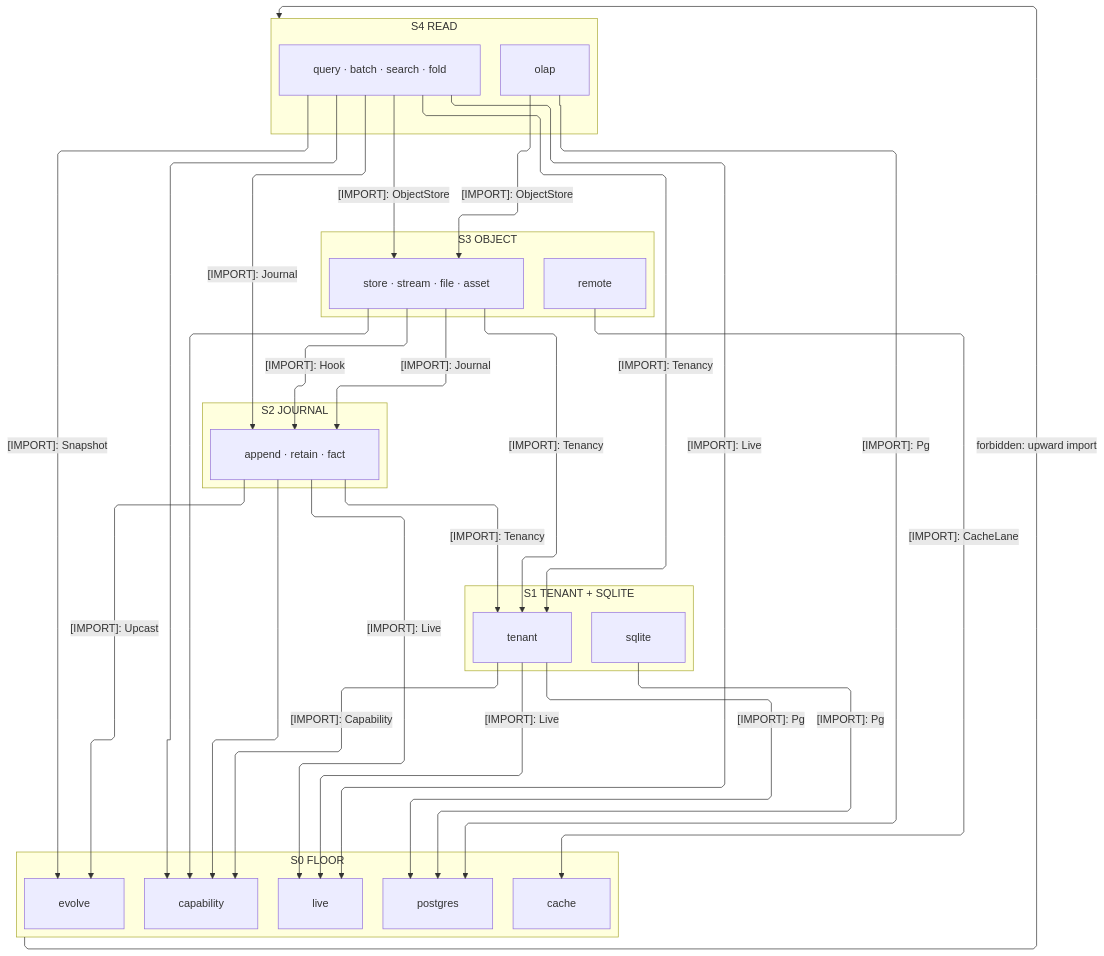
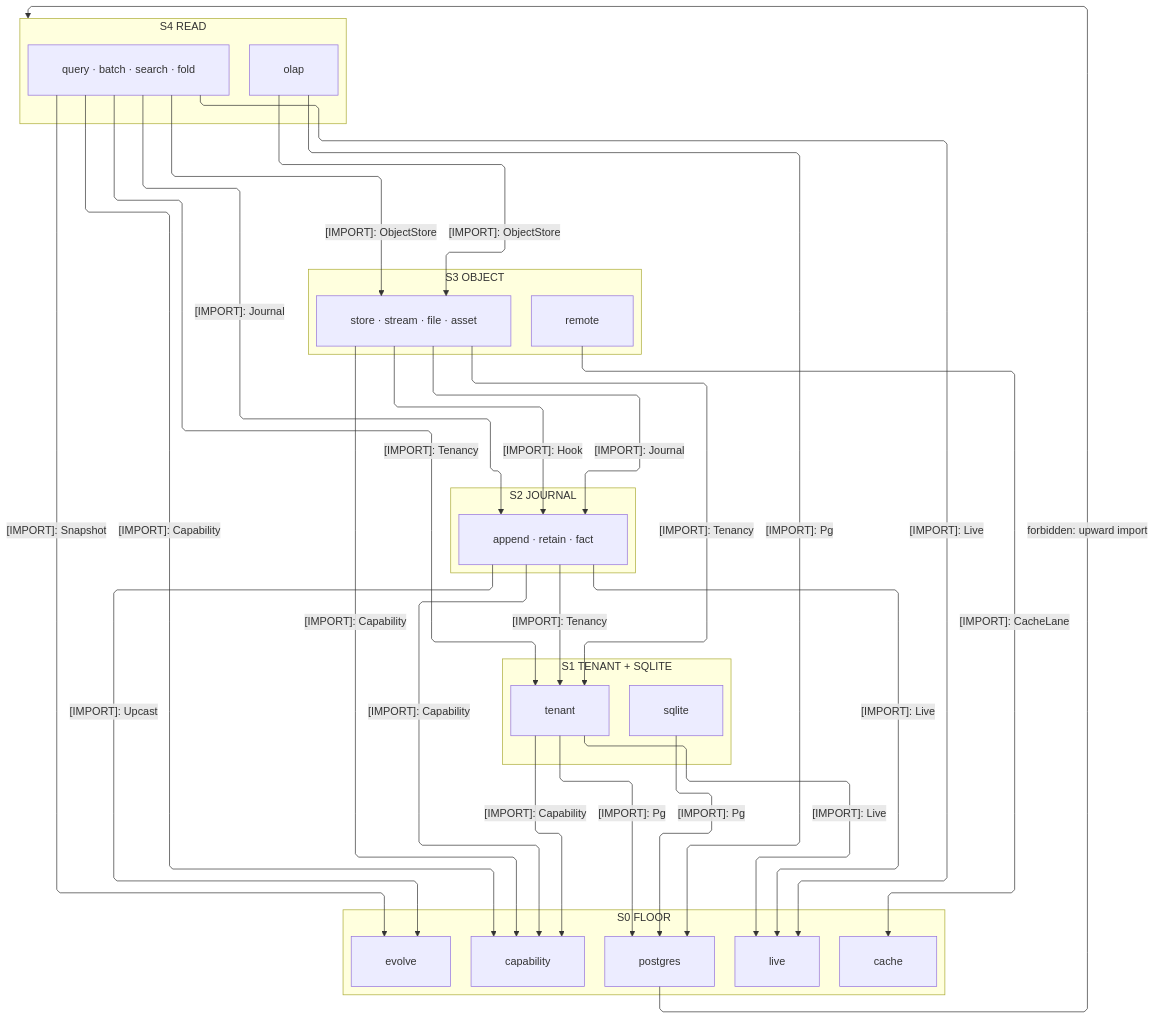
Before and after one commit to bsamiee/Rasm: the first of 3 diagrams in libs/typescript/data/ARCHITECTURE.md, drawn with Mermaid. The commit also changed other lines of this file and 115 other files, not shown here.

````diff
--- a/libs/typescript/data/ARCHITECTURE.md
+++ b/libs/typescript/data/ARCHITECTURE.md
@@ -46,56 +49,56 @@
 ```mermaid
 ---
 config:
   layout: elk
   flowchart:
     curve: linear
     padding: 25
 ---
 flowchart TB
     accTitle: Data interior import strata
-    accDescr: Five interior strata onto the mint floor; imports downward, remote alone reaching the cache lane, olap and sqlite reading the Pg band.
+    accDescr: How the interior sub-domains rank onto the mint floor, every import downward.
     subgraph S4["S4 READ"]
         Olap[olap]
         Read["query · batch · search · fold"]
     end
     subgraph S3["S3 OBJECT"]
         Object["store · stream · file · asset"]
         Remote[remote]
     end
     subgraph S2["S2 JOURNAL"]
         Journal["append · retain · fact"]
     end
     subgraph S1["S1 TENANT + SQLITE"]
         Tenant[tenant]
         Sqlite[sqlite]
     end
     subgraph S0["S0 FLOOR"]
         Postgres[postgres]
         Capability[capability]
         Evolve[evolve]
         Live[live]
         Cache[cache]
     end
     Tenant e1@-->|"[IMPORT]: Capability"| Capability
     Tenant e2@-->|"[IMPORT]: Pg"| Postgres
-    Tenant e19@-->|"[IMPORT]: Live"| Live
-    Journal e3@-->|"[IMPORT]: Tenancy"| Tenant
-    Journal e4@-->|"[IMPORT]: Upcast"| Evolve
-    Journal e5@-->|"[IMPORT]: Live"| Live
-    Journal e6@--> Capability
-    Object e7@-->|"[IMPORT]: Journal"| Journal
-    Remote e8@-->|"[IMPORT]: CacheLane"| Cache
-    Object e9@--> Capability
-    Read e10@-->|"[IMPORT]: ObjectStore"| Object
-    Read e11@-->|"[IMPORT]: Journal"| Journal
-    Read e12@-->|"[IMPORT]: Live"| Live
-    Read e13@--> Capability
-    Read e14@-->|"[IMPORT]: Snapshot"| Evolve
-    Olap e15@-->|"[IMPORT]: ObjectStore"| Object
+    Tenant e3@-->|"[IMPORT]: Live"| Live
+    Journal e4@-->|"[IMPORT]: Tenancy"| Tenant
+    Journal e5@-->|"[IMPORT]: Upcast"| Evolve
+    Journal e6@-->|"[IMPORT]: Live"| Live
+    Journal e7@-->|"[IMPORT]: Capability"| Capability
+    Object e8@-->|"[IMPORT]: Journal"| Journal
+    Remote e9@-->|"[IMPORT]: CacheLane"| Cache
+    Object e10@-->|"[IMPORT]: Capability"| Capability
+    Read e11@-->|"[IMPORT]: ObjectStore"| Object
+    Read e12@-->|"[IMPORT]: Journal"| Journal
+    Read e13@-->|"[IMPORT]: Live"| Live
+    Read e14@-->|"[IMPORT]: Capability"| Capability
+    Read e15@-->|"[IMPORT]: Snapshot"| Evolve
+    Olap e16@-->|"[IMPORT]: ObjectStore"| Object
     Olap e17@-->|"[IMPORT]: Pg"| Postgres
-    Sqlite e16@-->|"[IMPORT]: Pg"| Postgres
-    Object e18@-->|"[IMPORT]: Hook"| Journal
+    Sqlite e18@-->|"[IMPORT]: Pg"| Postgres
+    Object e19@-->|"[IMPORT]: Hook"| Journal
     Object e20@-->|"[IMPORT]: Tenancy"| Tenant
     Read e21@-->|"[IMPORT]: Tenancy"| Tenant
-    S0 f1@-->|"forbidden: upward import"| S4
+    Postgres f1@-->|"forbidden: upward import"| S4
 ```
````
